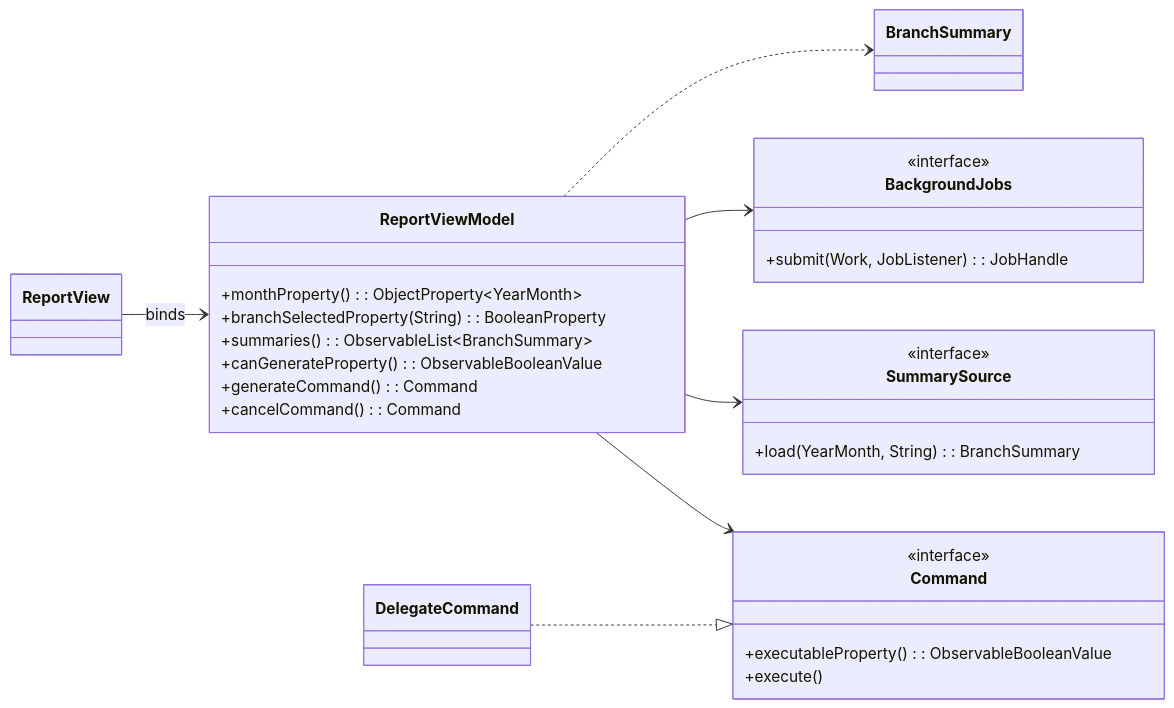
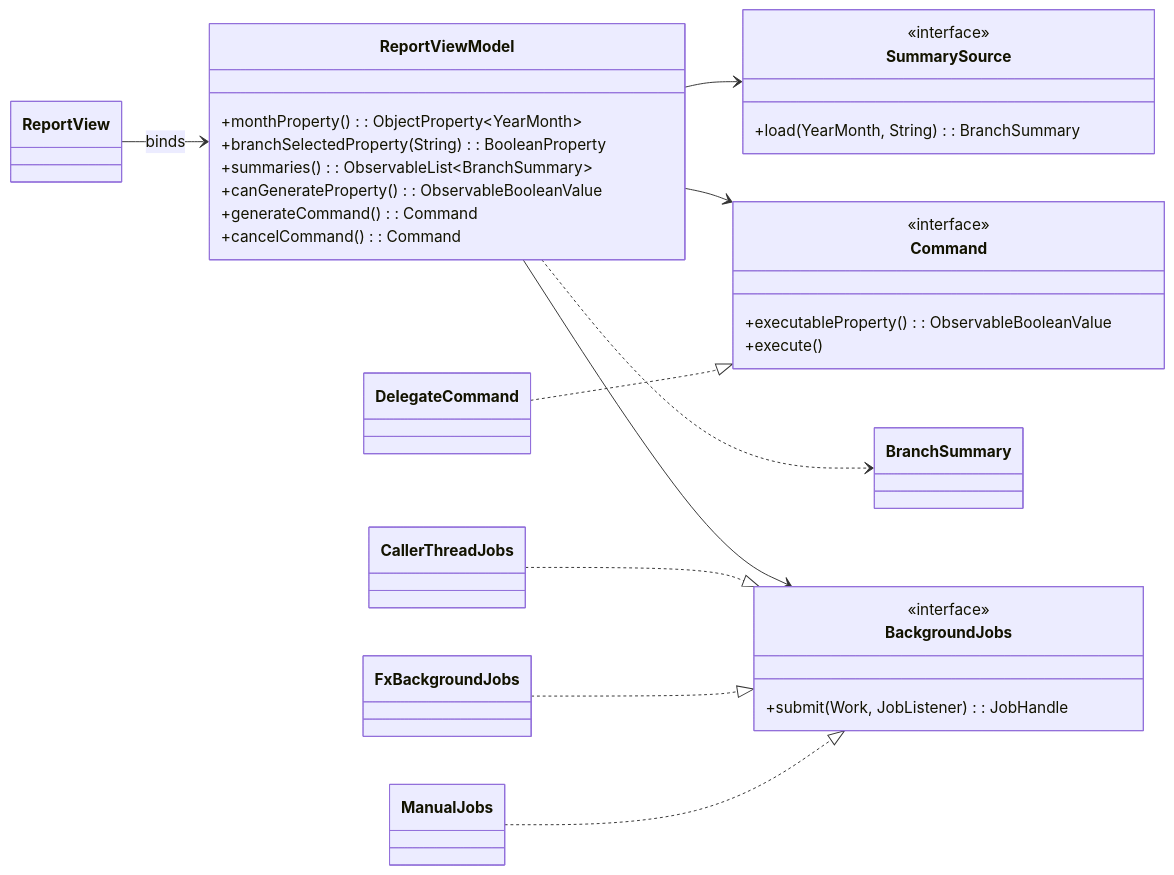
The first of 2 diagrams in lab03/viewmodel-design.md (flourbloom/sales-report-team3), drawn with Mermaid before and after one commit. The commit also changed 1 other file, not shown here.

Commit message:
feat: minor changes

````diff
--- a/lab03/viewmodel-design.md
+++ b/lab03/viewmodel-design.md
@@ -88,45 +88,57 @@
 ```mermaid
 classDiagram
     direction LR
 
     class ReportView {
     }
 
     class ReportViewModel {
         +monthProperty() : ObjectProperty~YearMonth~
         +branchSelectedProperty(String) : BooleanProperty
         +summaries() : ObservableList~BranchSummary~
         +canGenerateProperty() : ObservableBooleanValue
         +generateCommand() : Command
         +cancelCommand() : Command
     }
 
     class BranchSummary {
     }
 
     class BackgroundJobs {
         <<interface>>
         +submit(Work, JobListener) : JobHandle
     }
 
     class SummarySource {
         <<interface>>
         +load(YearMonth, String) : BranchSummary
     }
 
     class Command {
         <<interface>>
         +executableProperty() : ObservableBooleanValue
         +execute()
     }
 
     class DelegateCommand {
     }
 
+    class CallerThreadJobs {
+    }
+
+    class FxBackgroundJobs {
+    }
+
+    class ManualJobs {
+    }
+
     ReportView --> ReportViewModel : binds
     ReportViewModel ..> BranchSummary
     ReportViewModel --> BackgroundJobs
     ReportViewModel --> SummarySource
     ReportViewModel --> Command
     DelegateCommand ..|> Command
+    CallerThreadJobs ..|> BackgroundJobs
+    FxBackgroundJobs ..|> BackgroundJobs
+    ManualJobs ..|> BackgroundJobs
 ```
````
